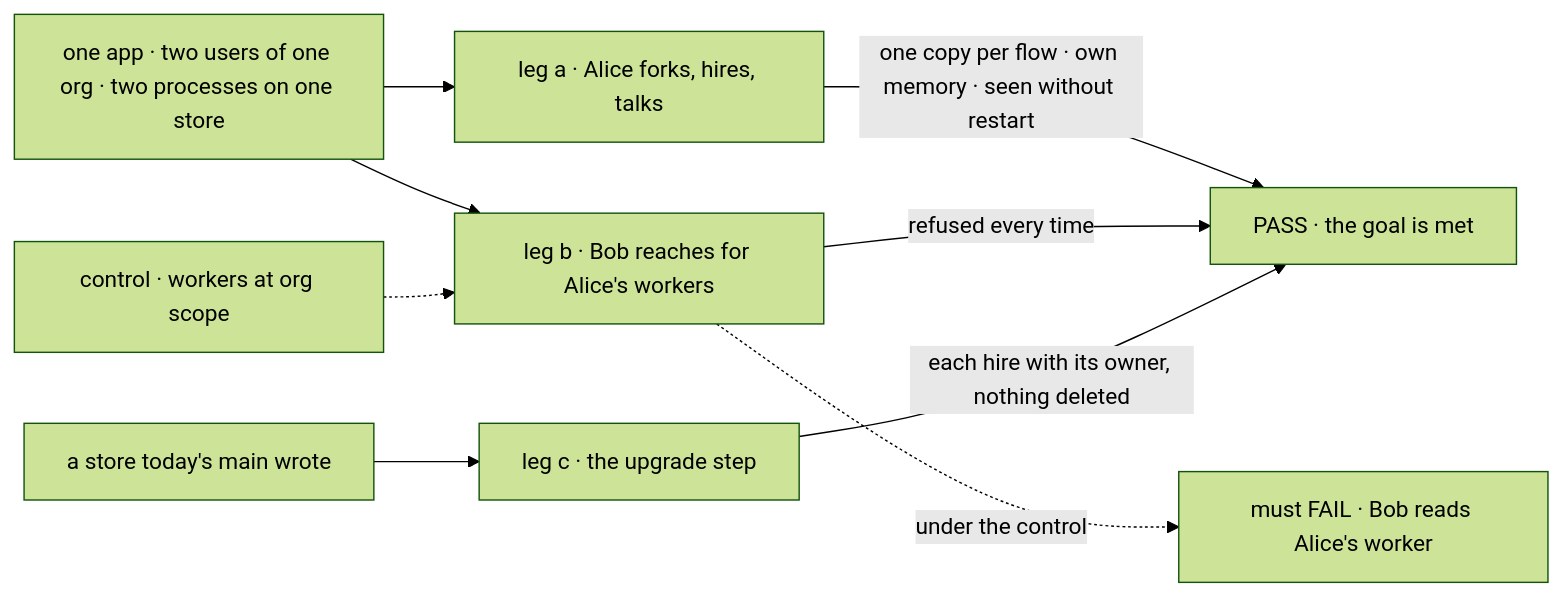
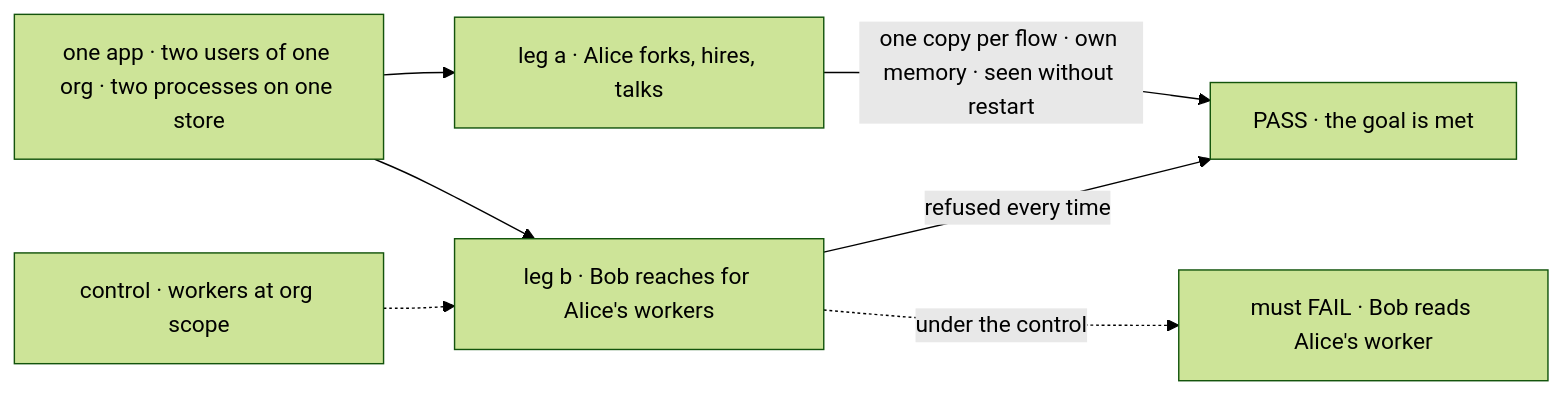
The first of 2 diagrams in specs/issues/FIX-1788/SPEC.md (fixpoint-labs/flow-state-dev), drawn with Mermaid (forest theme) before and after one commit. The commit also changed other lines of this file and 37 other files, not shown here.

````diff
--- a/specs/issues/FIX-1788/SPEC.md
+++ b/specs/issues/FIX-1788/SPEC.md
@@ -34,11 +33,9 @@
 ```mermaid
 flowchart LR
   S["one app · two users of one org · two processes on one store"] --> A["leg a · Alice forks, hires, talks"]
   S --> B["leg b · Bob reaches for Alice's workers"]
-  O["a store today's main wrote"] --> C["leg c · the upgrade step"]
   A -->|"one copy per flow · own memory · seen without restart"| P["PASS · the goal is met"]
   B -->|"refused every time"| P
-  C -->|"each hire with its owner, nothing deleted"| P
   X["control · workers at org scope"] -.-> B
   B -.->|"under the control"| F["must FAIL · Bob reads Alice's worker"]
 ```
````
